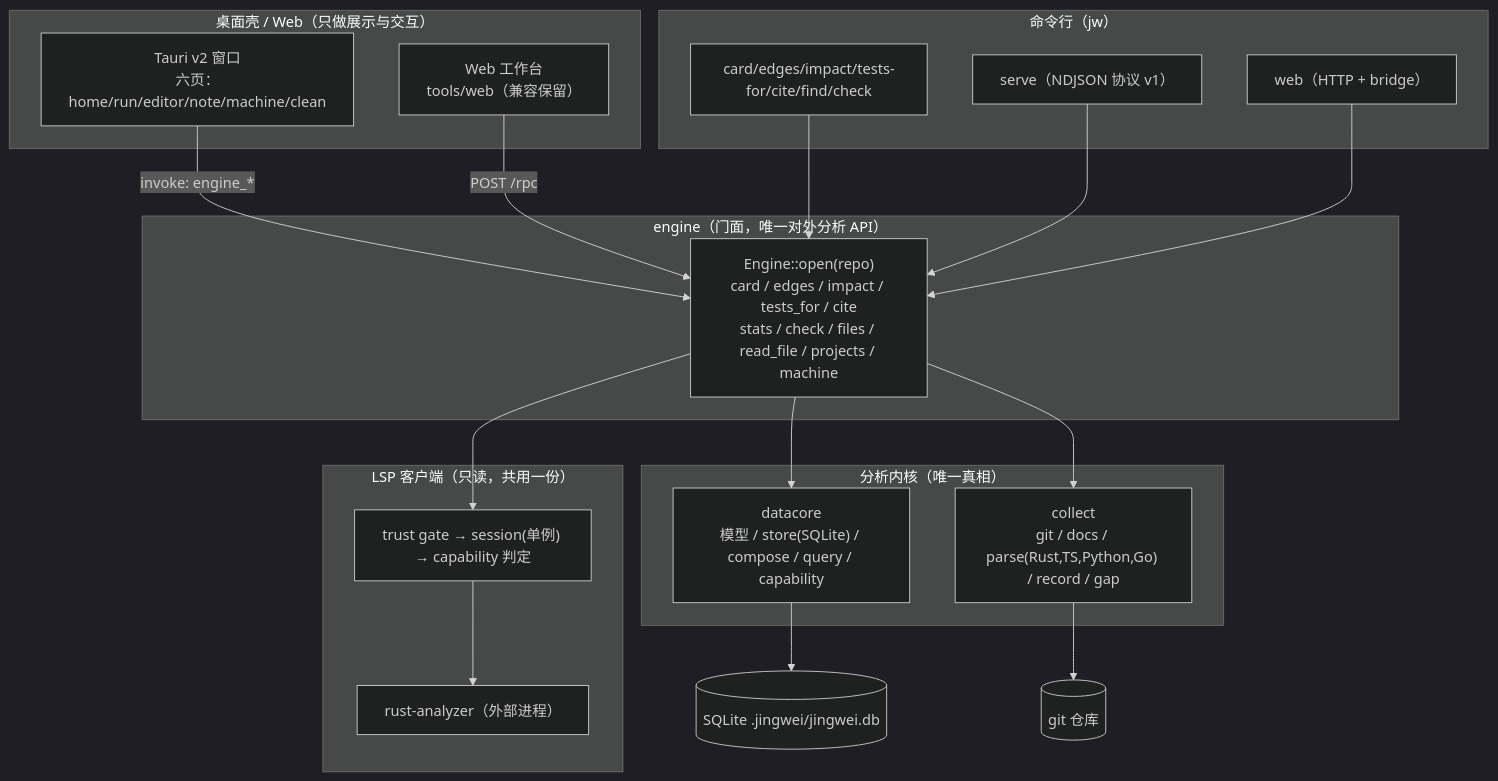
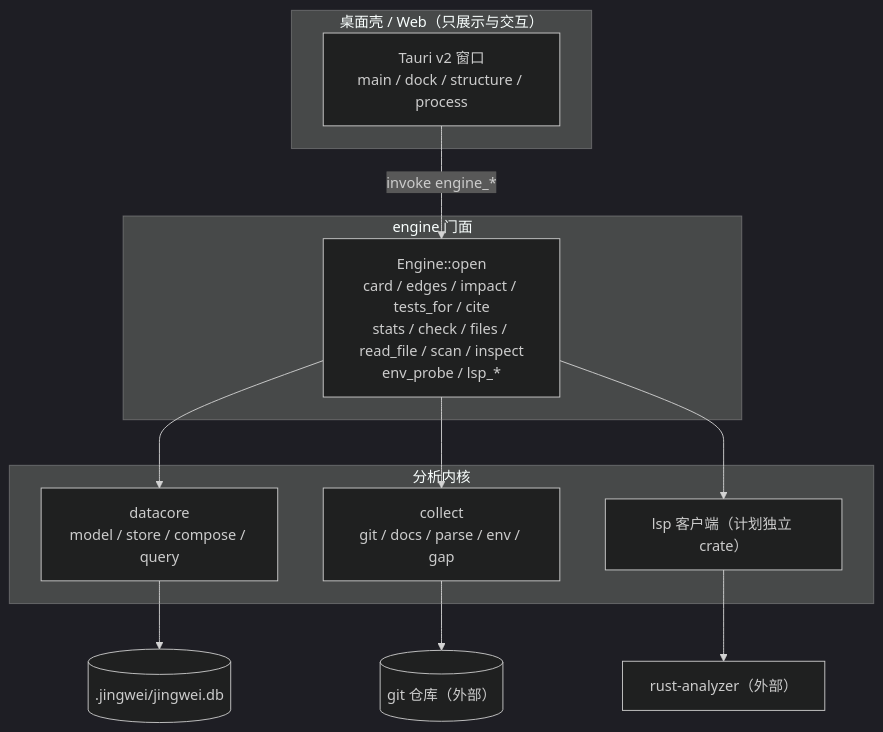
The sixth of 6 diagrams in docs/reference/jingwei-final-design.md (hpeng5271-blip/jingwei), drawn with Mermaid (dark theme) before and after one commit. The commit also changed other lines of this file and 2 other files, not shown here.

First line of the commit message:
feat(review): scripts/review.ps1（R1 第三件：诊断+日志+截图三合一杯）

````diff
--- a/docs/reference/jingwei-final-design.md
+++ b/docs/reference/jingwei-final-design.md
@@ -37,39 +273,21 @@
 ```mermaid
 flowchart TB
-  subgraph UI["桌面壳 / Web（只做展示与交互）"]
-    T["Tauri v2 窗口<br/>六页：home/run/editor/note/machine/clean"]
-    W["Web 工作台<br/>tools/web（兼容保留）"]
-  end
-
-  subgraph FACADE["engine（门面，唯一对外分析 API）"]
-    E["Engine::open(repo)<br/>card / edges / impact / tests_for / cite<br/>stats / check / files / read_file / projects / machine"]
-  end
-
-  subgraph CORE["分析内核（唯一真相）"]
-    DC["datacore<br/>模型 / store(SQLite) / compose / query / capability"]
-    CO["collect<br/>git / docs / parse(Rust,TS,Python,Go) / record / gap"]
-  end
-
-  subgraph LSP["LSP 客户端（只读，共用一份）"]
-    LS["trust gate → session(单例) → capability 判定"]
-    RA["rust-analyzer（外部进程）"]
-  end
-
-  subgraph CLI["命令行（jw）"]
-    C1["card/edges/impact/tests-for/cite/find/check"]
-    C2["serve（NDJSON 协议 v1）"]
-    C3["web（HTTP + bridge）"]
-  end
-
-  T -->|invoke: engine_*| E
-  W -->|POST /rpc| E
-  C1 --> E
-  C2 --> E
-  C3 --> E
-  E --> DC
-  E --> CO
-  E --> LS
-  LS --> RA
-  DC --> DB[("SQLite .jingwei/jingwei.db")]
-  CO --> GIT[("git 仓库")]
+    subgraph UI["桌面壳 / Web（只展示与交互）"]
+      T["Tauri v2 窗口<br/>main / dock / structure / process"]
+    end
+    subgraph ENGINE["engine 门面"]
+      E["Engine::open<br/>card / edges / impact / tests_for / cite<br/>stats / check / files / read_file / scan / inspect<br/>env_probe / lsp_*"]
+    end
+    subgraph CORE["分析内核"]
+      DC["datacore<br/>model / store / compose / query"]
+      CO["collect<br/>git / docs / parse / env / gap"]
+      LS["lsp 客户端（计划独立 crate）"]
+    end
+    T -->|invoke engine_*| E
+    E --> DC
+    E --> CO
+    E --> LS
+    LS --> RA["rust-analyzer（外部）"]
+    DC --> DB[(".jingwei/jingwei.db")]
+    CO --> GIT[("git 仓库（外部）")]
 ```
````
